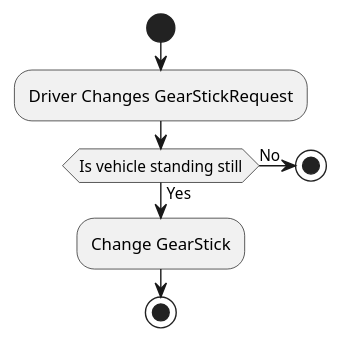
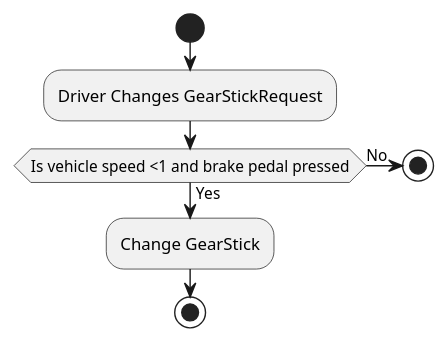
Before and after one commit to SubspaceBob/bootcamp_project: the diagram in Docs/src/activity_change_gear.wsd, drawn with PlantUML. The commit also changed 7 other files, not shown here.

```diff
--- a/Docs/src/activity_change_gear.wsd
+++ b/Docs/src/activity_change_gear.wsd
@@ -1,10 +1,10 @@
 @startuml
 start
 :Driver Changes GearStickRequest;
-if (Is vehicle standing still) then (No)
+if (Is vehicle speed <1 and brake pedal pressed) then (No)
     stop
 else (Yes)
     :Change GearStick;
 endif
 stop
 @enduml
```
